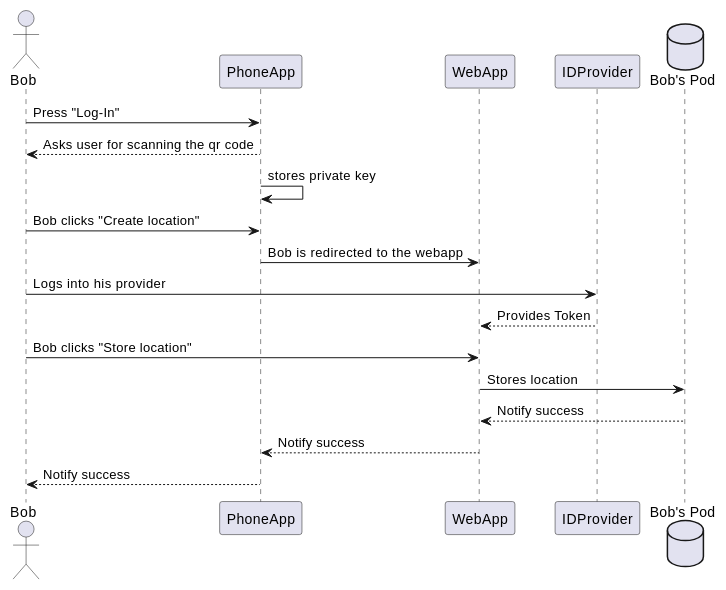
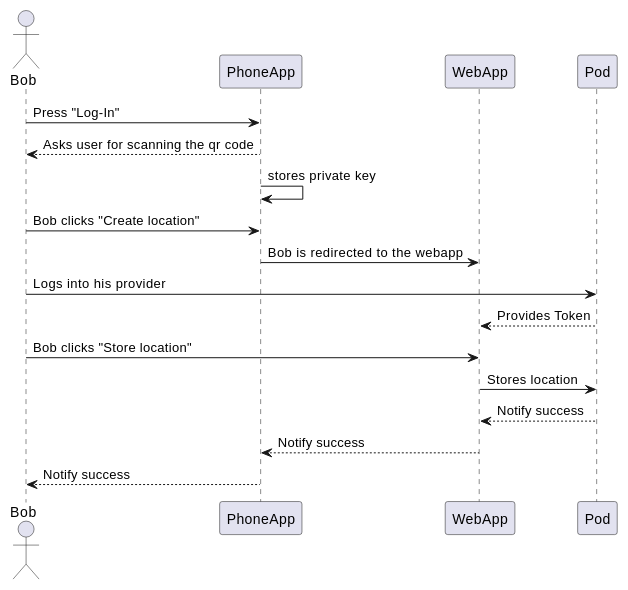
One commit to Arquisoft/radarin_en3b changed the third of 4 diagrams in webapp/docs/06_runtime_view.adoc. Above: the diagram before and after it, drawn with PlantUML. The commit also changed other lines of this file and 1 other file, not shown here.

```diff
--- a/webapp/docs/06_runtime_view.adoc
+++ b/webapp/docs/06_runtime_view.adoc
@@ -33,20 +62,19 @@
 [plantuml,"Store created location diagram",png]
 ----
 actor Bob
 participant PhoneApp
 participant WebApp
-participant IDProvider
-database Pod as "Bob's Pod"
+participant Pod
 Bob -> PhoneApp: Press "Log-In"
 PhoneApp --> Bob: Asks user for scanning the qr code
 PhoneApp -> PhoneApp: stores private key
 Bob -> PhoneApp: Bob clicks "Create location"
 PhoneApp -> WebApp: Bob is redirected to the webapp
-Bob -> IDProvider: Logs into his provider
-IDProvider --> WebApp: Provides Token
+Bob -> Pod: Logs into his provider
+Pod --> WebApp: Provides Token
 Bob -> WebApp: Bob clicks "Store location"
 WebApp -> Pod: Stores location
 Pod --> WebApp: Notify success
 WebApp --> PhoneApp: Notify success
 PhoneApp --> Bob: Notify success
 ----
```
